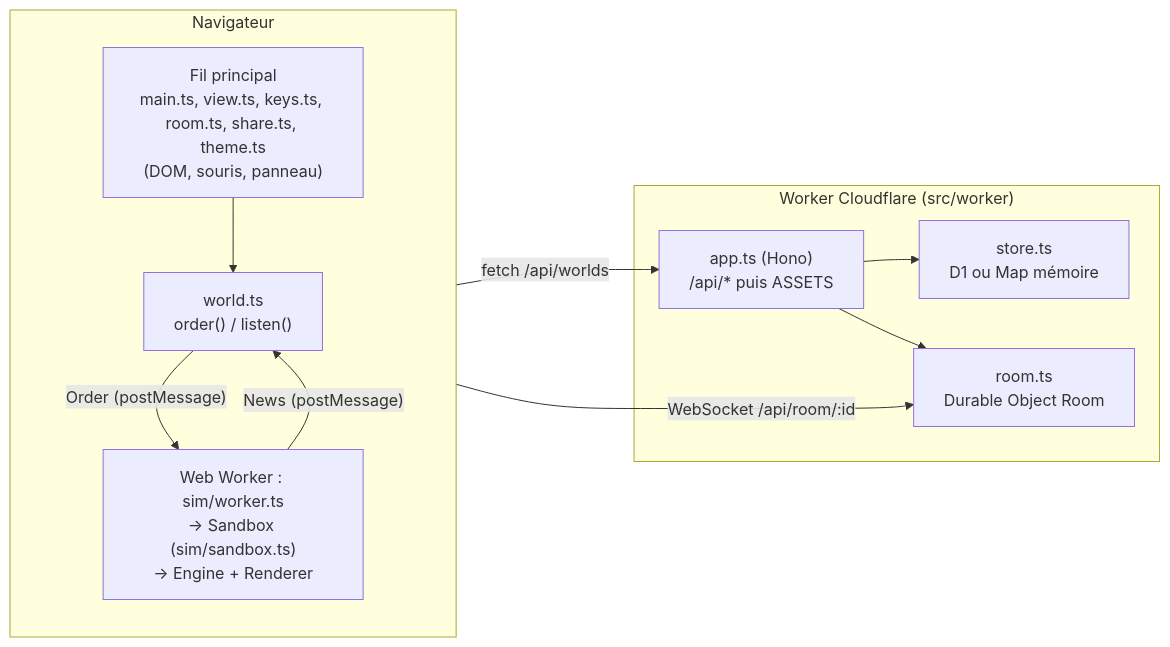
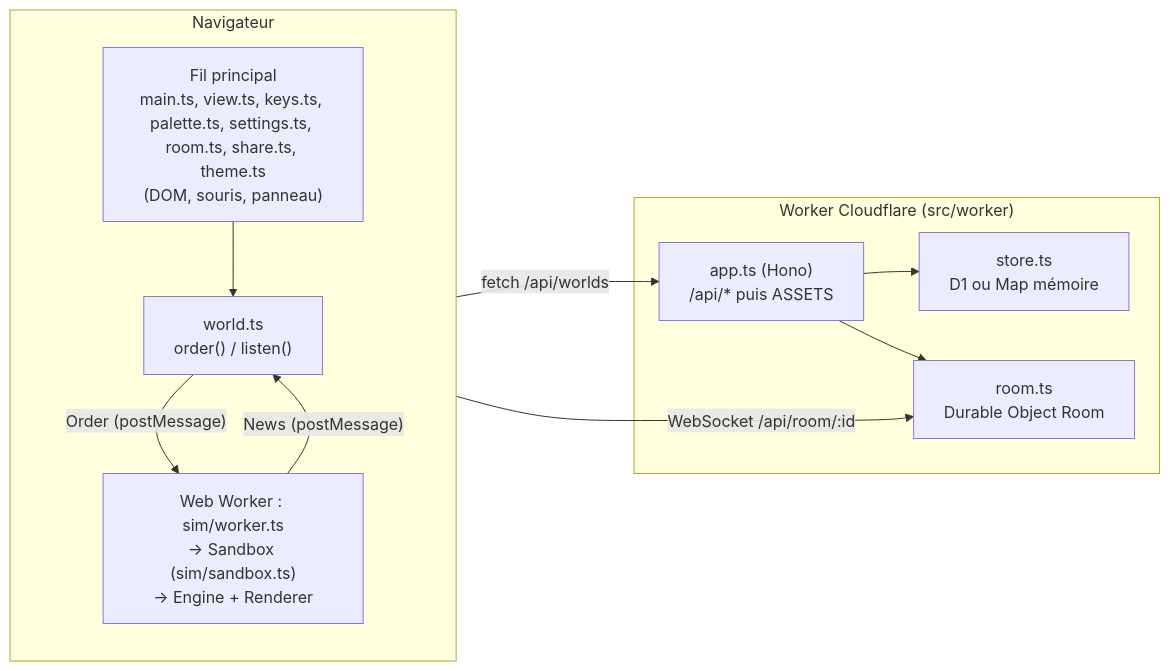
The diagram in docs/agents/architecture.md (Loris01100/SandboxRabbit), drawn with Mermaid before and after one commit. The commit also changed other lines of this file and 8 other files, not shown here.

Commit message:
Refacto main.ts -> palette.ts et settings.ts

````diff
--- a/docs/agents/architecture.md
+++ b/docs/agents/architecture.md
@@ -8,21 +8,21 @@
 ```mermaid
 flowchart LR
   subgraph Navigateur
     direction TB
-    page["Fil principal<br/>main.ts, view.ts, keys.ts, room.ts, share.ts, theme.ts<br/>(DOM, souris, panneau)"]
+    page["Fil principal<br/>main.ts, view.ts, keys.ts, palette.ts, settings.ts, room.ts, share.ts, theme.ts<br/>(DOM, souris, panneau)"]
     world["world.ts<br/>order() / listen()"]
     sim["Web Worker : sim/worker.ts<br/>→ Sandbox (sim/sandbox.ts)<br/>→ Engine + Renderer"]
     page --> world
     world -- "Order (postMessage)" --> sim
     sim -- "News (postMessage)" --> world
   end
   subgraph Cloudflare["Worker Cloudflare (src/worker)"]
     app["app.ts (Hono)<br/>/api/* puis ASSETS"]
     store["store.ts<br/>D1 ou Map mémoire"]
     room["room.ts<br/>Durable Object Room"]
     app --> store
     app --> room
   end
   page -- "fetch /api/worlds" --> app
   page -- "WebSocket /api/room/:id" --> room
 ```
````
